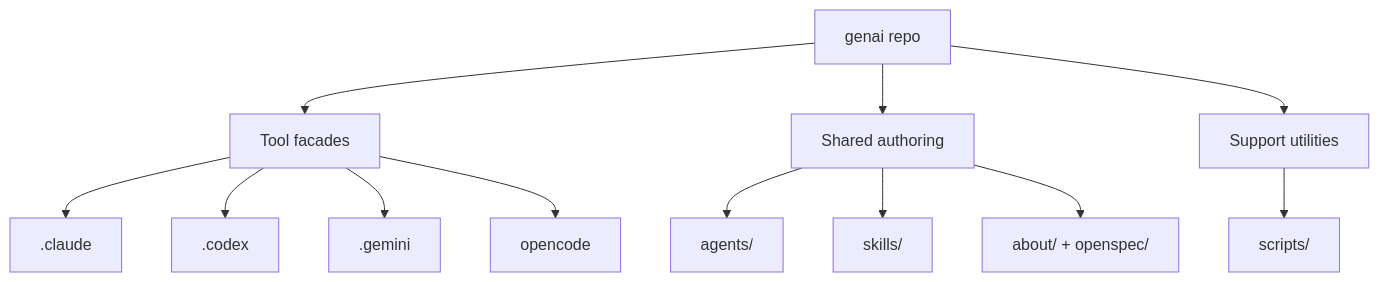
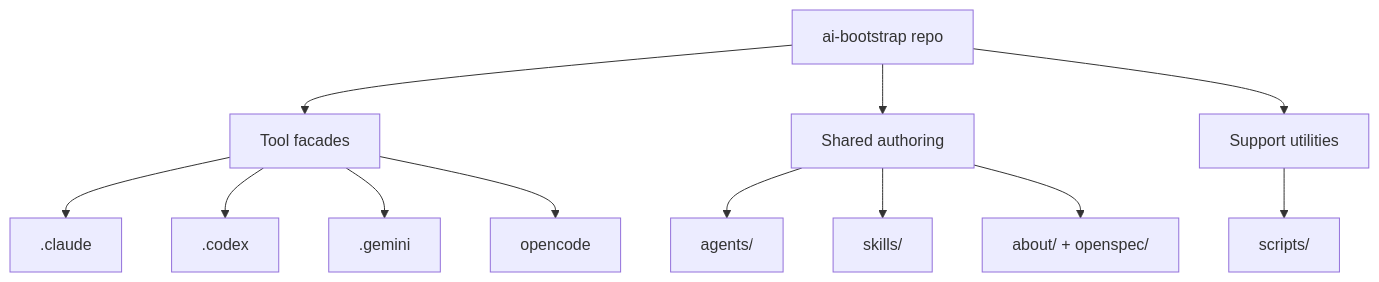
One commit to Tzeusy/ai-bootstrap changed the diagram in about/lay-and-land/components.md. Above: the diagram before and after it, drawn with Mermaid. The commit also changed 37 other files, not shown here.

Commit message:
Rename genai paths to ai-bootstrap

````diff
--- a/about/lay-and-land/components.md
+++ b/about/lay-and-land/components.md
@@ -5,15 +5,15 @@
 ```mermaid
 flowchart TD
-    R[genai repo]
+    R[ai-bootstrap repo]
     R --> TF[Tool facades]
     R --> SH[Shared authoring]
     R --> SU[Support utilities]
     TF --> C[.claude]
     TF --> X[.codex]
     TF --> G[.gemini]
     TF --> O[opencode]
     SH --> A[agents/]
     SH --> S[skills/]
     SH --> D[about/ + openspec/]
     SU --> SC[scripts/]
 ```
````
